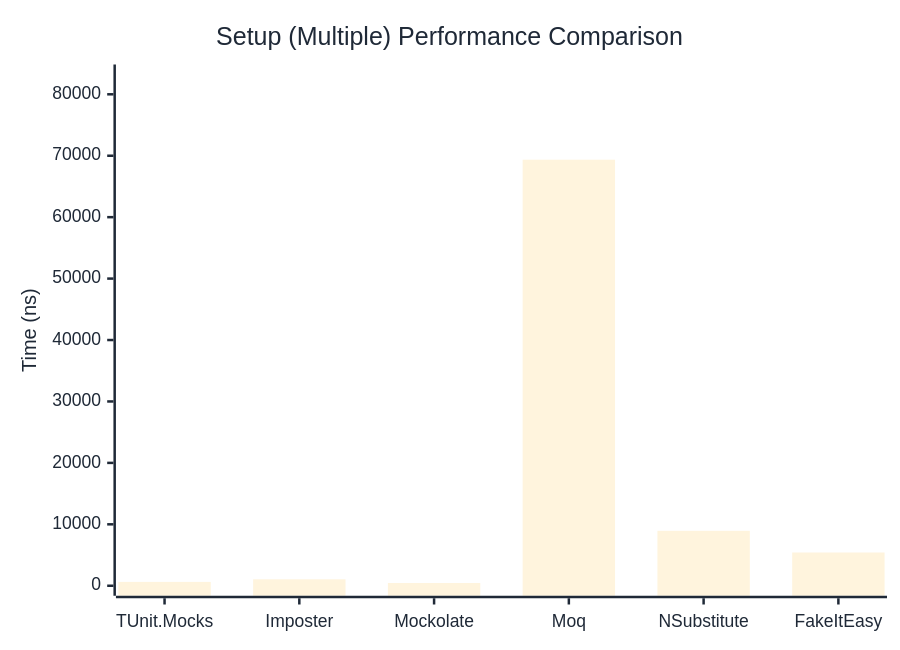
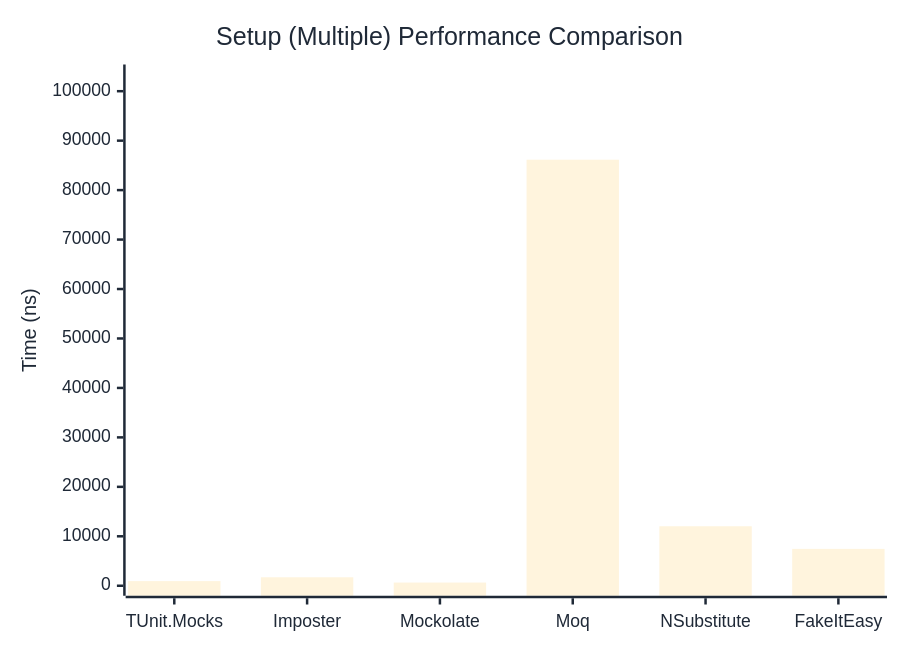
The second of 2 diagrams in docs/docs/benchmarks/mocks/Setup.md (thomhurst/TUnit), drawn with Mermaid before and after one commit. The commit also changed other lines of this file and 14 other files, not shown here.

````diff
--- a/docs/docs/benchmarks/mocks/Setup.md
+++ b/docs/docs/benchmarks/mocks/Setup.md
@@ -71,27 +71,27 @@
 ```mermaid
 %%{init: {
   'theme':'base',
   'themeVariables': {
     'primaryColor': '#2563eb',
     'primaryTextColor': '#1f2937',
     'primaryBorderColor': '#1e40af',
     'lineColor': '#6b7280',
     'secondaryColor': '#7c3aed',
     'tertiaryColor': '#dc2626',
     'background': '#ffffff',
     'pie1': '#2563eb',
     'pie2': '#7c3aed',
     'pie3': '#dc2626',
     'pie4': '#f59e0b',
     'pie5': '#10b981',
     'pie6': '#06b6d4',
     'pie7': '#ec4899',
     'pie8': '#6366f1'
   }
 }}%%
 xychart-beta
   title "Setup (Multiple) Performance Comparison"
   x-axis ["TUnit.Mocks", "Imposter", "Mockolate", "Moq", "NSubstitute", "FakeItEasy"]
-  y-axis "Time (ns)" 0 --> 83223
-  bar [626.8, 1047.5, 444.8, 69352.2, 8940.9, 5413.7]
+  y-axis "Time (ns)" 0 --> 103376
+  bar [940.3, 1714.5, 644.5, 86146.4, 12029.1, 7456.2]
 ```
````
